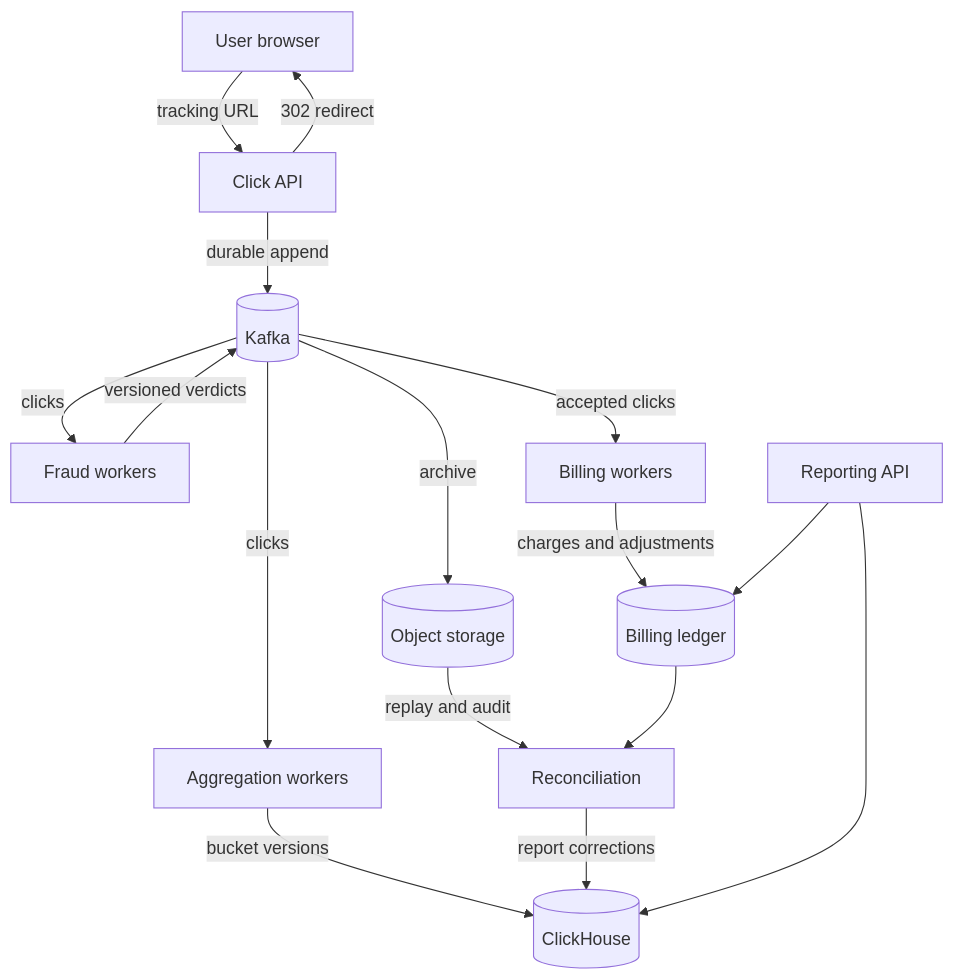
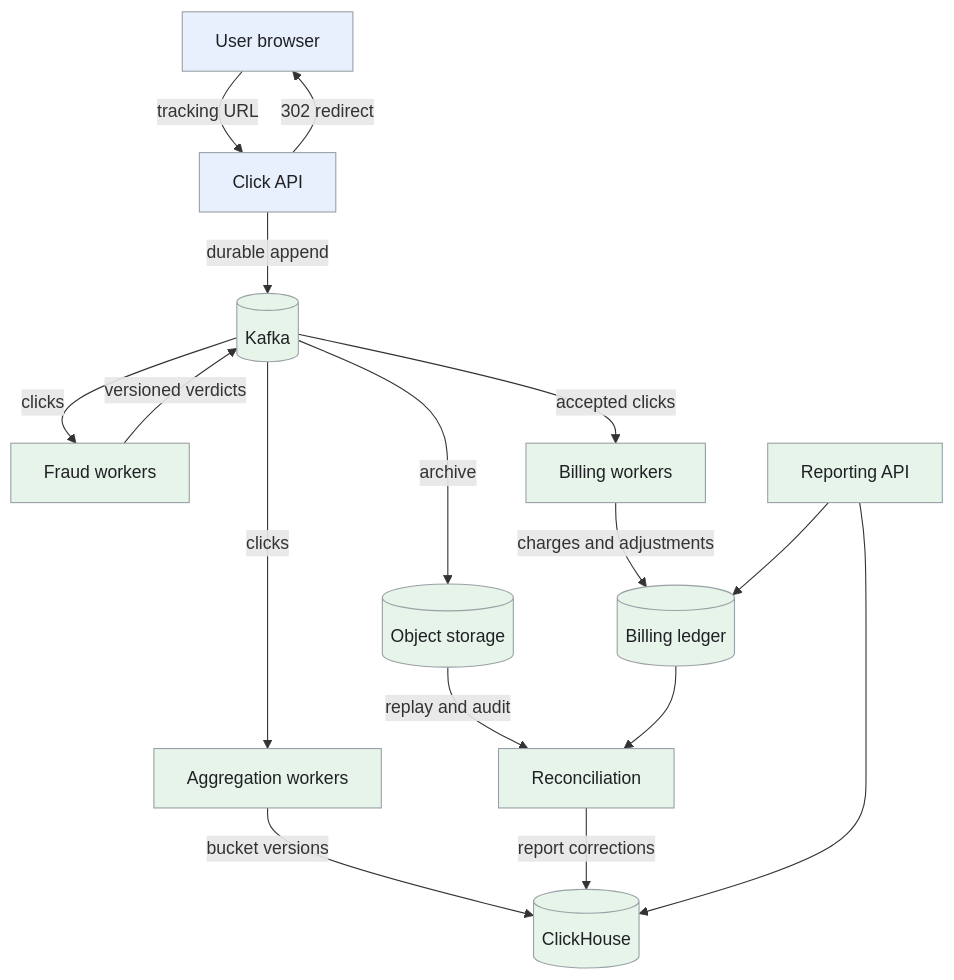
The first of 4 diagrams in _designs/system-design-ad-click-aggregator.md (iliazlobin/iliazlobin.github.io), drawn with Mermaid before and after one commit. The commit also changed other lines of this file and 20 other files, not shown here.

Commit message:
Improve design flows, tradeoffs, and technology references

````diff
--- a/_designs/system-design-ad-click-aggregator.md
+++ b/_designs/system-design-ad-click-aggregator.md
@@ -131,18 +131,23 @@
 ```mermaid
 flowchart TB
   U[User browser] -->|tracking URL| API[Click API]
   API -->|durable append| K[(Kafka)]
   API -->|302 redirect| U
   K -->|clicks| A[Aggregation workers]
   K -->|clicks| F[Fraud workers]
   F -->|versioned verdicts| K
   K -->|accepted clicks| B[Billing workers]
   B -->|charges and adjustments| L[(Billing ledger)]
   A -->|bucket versions| O[(ClickHouse)]
   K -->|archive| R[(Object storage)]
   R -->|replay and audit| C[Reconciliation]
   L --> C
   C -->|report corrections| O
   Q[Reporting API] --> O
   Q --> L
+  classDef request fill:#e8f0fe,stroke:#9aa0a6,color:#202124,stroke-width:1px
+  classDef background fill:#e6f4ea,stroke:#9aa0a6,color:#202124,stroke-width:1px
+  classDef control fill:#fef7e0,stroke:#9aa0a6,color:#202124,stroke-width:1px
+  class U,API request
+  class K,A,F,B,L,O,R,C,Q background
 ```
````
